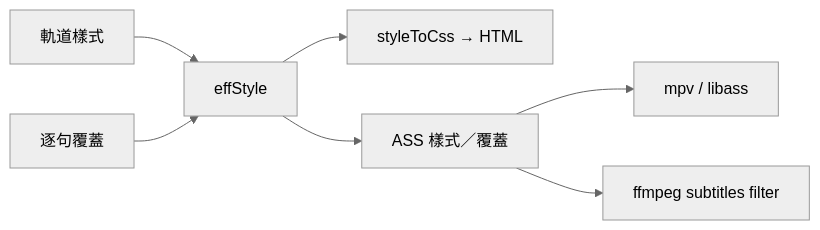
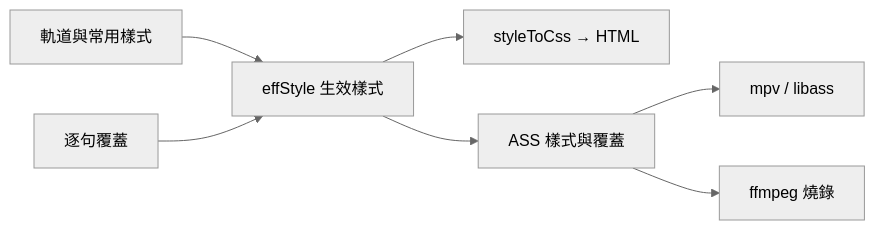
One commit to evanwayc-star/SUB_Tool changed the first of 5 diagrams in docs/技術架構說明.md. Above: the diagram before and after it, drawn with Mermaid (neutral theme). The commit also changed other lines of this file and 64 other files, not shown here.

````diff
--- a/docs/技術架構說明.md
+++ b/docs/技術架構說明.md
@@ -11,9 +20,9 @@
 ```mermaid
 flowchart LR
-  T[軌道樣式] --> E[effStyle]
+  T[軌道與常用樣式] --> E[effStyle 生效樣式]
   C[逐句覆蓋] --> E
   E --> H[styleToCss → HTML]
-  E --> A[ASS 樣式／覆蓋]
+  E --> A[ASS 樣式與覆蓋]
   A --> M[mpv / libass]
-  A --> F[ffmpeg subtitles filter]
+  A --> F[ffmpeg 燒錄]
 ```
````
